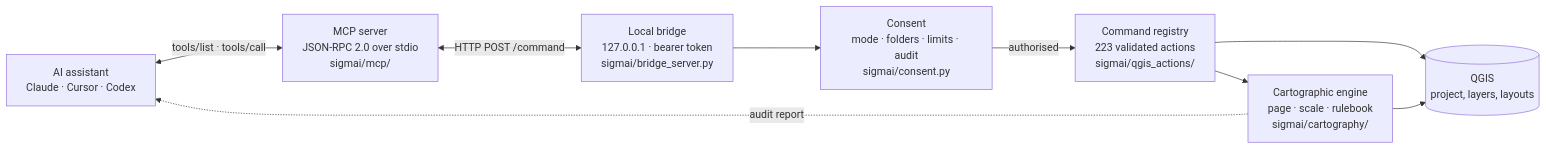
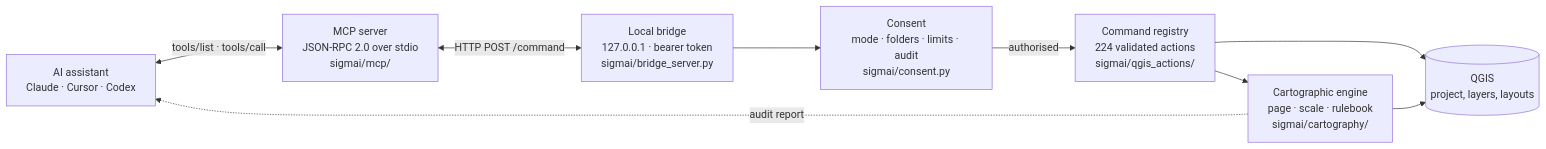
Before and after one commit to LuanCortesM/SIGMAI: the diagram in README.md, drawn with Mermaid. The commit also changed other lines of this file and 20 other files, not shown here.

````diff
--- a/README.md
+++ b/README.md
@@ -137,19 +137,19 @@
 ```mermaid
 flowchart LR
     A["AI assistant<br/>Claude · Cursor · Codex"]
     B["MCP server<br/>JSON-RPC 2.0 over stdio<br/>sigmai/mcp/"]
     C["Local bridge<br/>127.0.0.1 · bearer token<br/>sigmai/bridge_server.py"]
     D["Consent<br/>mode · folders · limits · audit<br/>sigmai/consent.py"]
-    E["Command registry<br/>223 validated actions<br/>sigmai/qgis_actions/"]
+    E["Command registry<br/>224 validated actions<br/>sigmai/qgis_actions/"]
     F["Cartographic engine<br/>page · scale · rulebook<br/>sigmai/cartography/"]
     G[("QGIS<br/>project, layers, layouts")]
 
     A <-->|"tools/list · tools/call"| B
     B <-->|"HTTP POST /command"| C
     C --> D
     D -->|"authorised"| E
     E --> F
     E --> G
     F --> G
     F -.->|"audit report"| A
 ```
````
